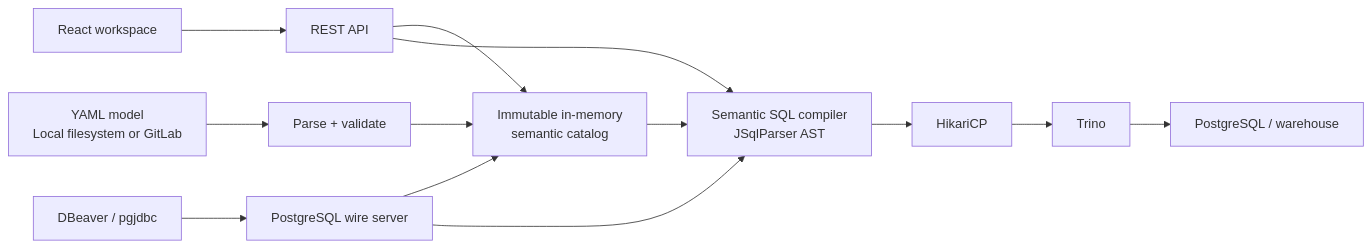
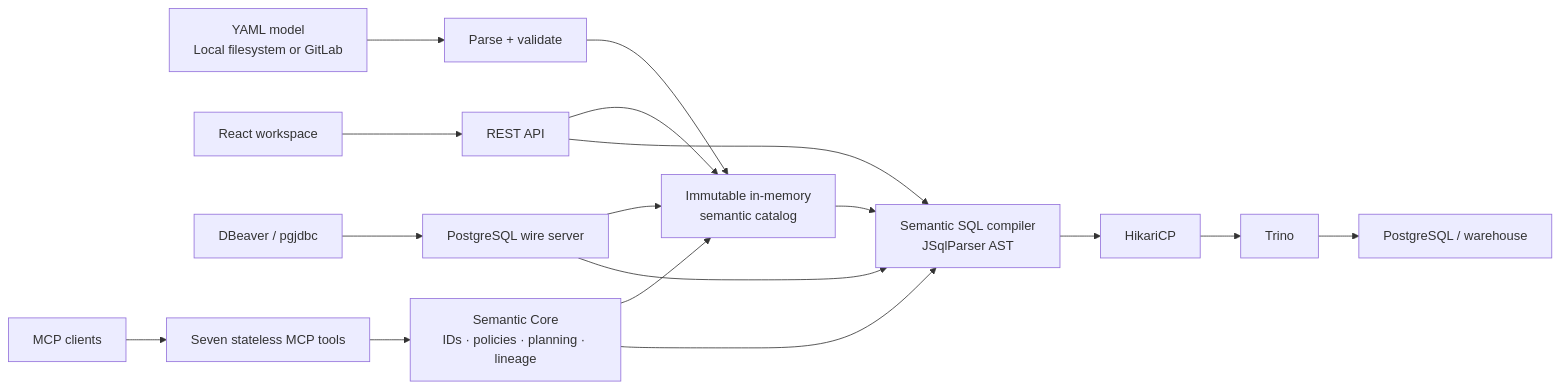
Before and after one commit to tonyxtonyx/witness: the diagram in README.md, drawn with Mermaid. The commit also changed other lines of this file and 10 other files, not shown here.

````diff
--- a/README.md
+++ b/README.md
@@ -81,23 +82,29 @@
 ```mermaid
 flowchart LR
     MODEL["YAML model<br/>Local filesystem or GitLab"]
     LOAD["Parse + validate"]
     CATALOG["Immutable in-memory<br/>semantic catalog"]
     UI["React workspace"]
     JDBC["DBeaver / pgjdbc"]
     REST["REST API"]
+    MCP["MCP clients"]
+    MCPTOOLS["Seven stateless MCP tools"]
+    CORE["Semantic Core<br/>IDs · policies · planning · lineage"]
     PGWIRE["PostgreSQL wire server"]
     COMPILER["Semantic SQL compiler<br/>JSqlParser AST"]
     POOL["HikariCP"]
     TRINO["Trino"]
     DATA["PostgreSQL / warehouse"]
 
     MODEL --> LOAD --> CATALOG
     UI --> REST
+    MCP --> MCPTOOLS --> CORE
+    CORE --> CATALOG
+    CORE --> COMPILER
     REST --> CATALOG
     JDBC --> PGWIRE --> CATALOG
     REST --> COMPILER
     PGWIRE --> COMPILER
     CATALOG --> COMPILER
     COMPILER --> POOL --> TRINO --> DATA
 ```
````
